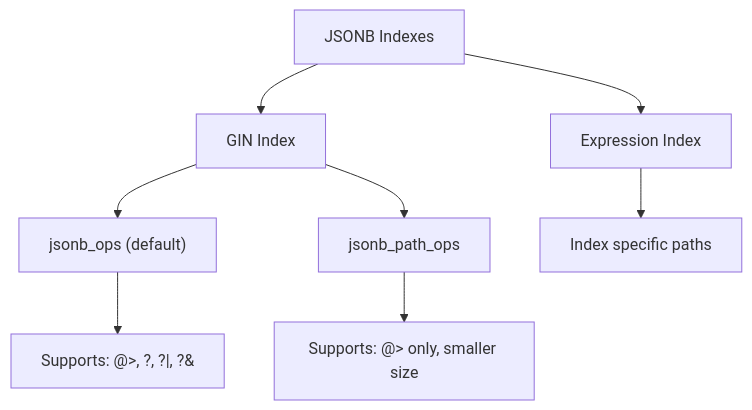
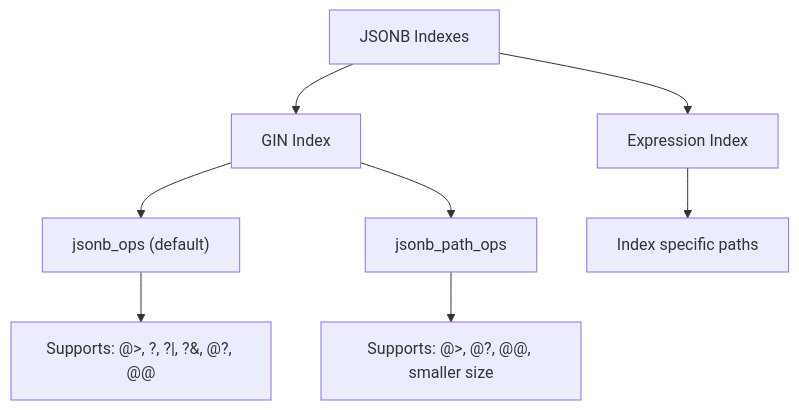
Before and after one commit to OneUptime/blog: the fifth of 5 diagrams in posts/2026-01-30-postgresql-jsonb-path-queries/README.md, drawn with Mermaid. The commit also changed other lines of this file and 2 other files, not shown here.

Commit message:
validate: 2026-01-30-postgresql-jsonb-path-queries

````diff
--- a/posts/2026-01-30-postgresql-jsonb-path-queries/README.md
+++ b/posts/2026-01-30-postgresql-jsonb-path-queries/README.md
@@ -355,10 +355,10 @@
 ```mermaid
 graph TD
     A[JSONB Indexes] --> B[GIN Index]
     A --> C[Expression Index]
     B --> D["jsonb_ops (default)"]
     B --> E["jsonb_path_ops"]
-    D --> F["Supports: @>, ?, ?|, ?&"]
-    E --> G["Supports: @> only, smaller size"]
+    D --> F["Supports: @>, ?, ?|, ?&, @?, @@"]
+    E --> G["Supports: @>, @?, @@, smaller size"]
     C --> H["Index specific paths"]
 ```
````
